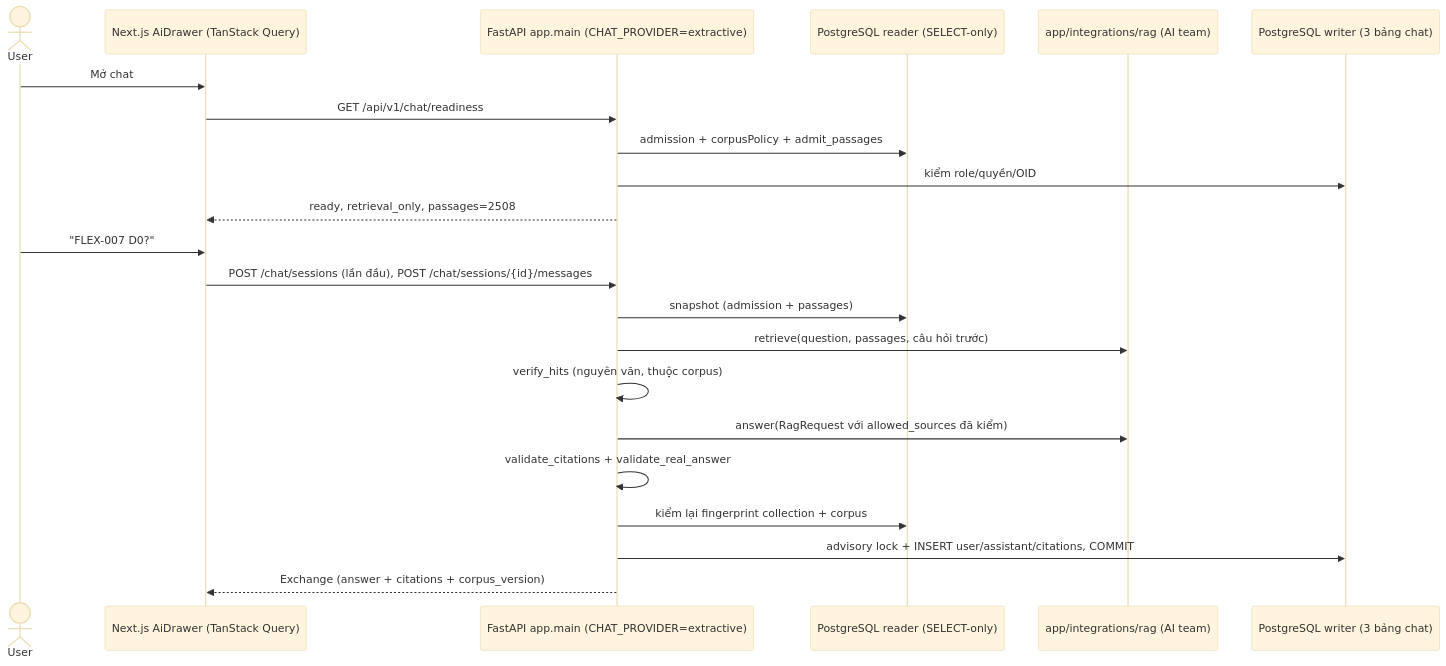
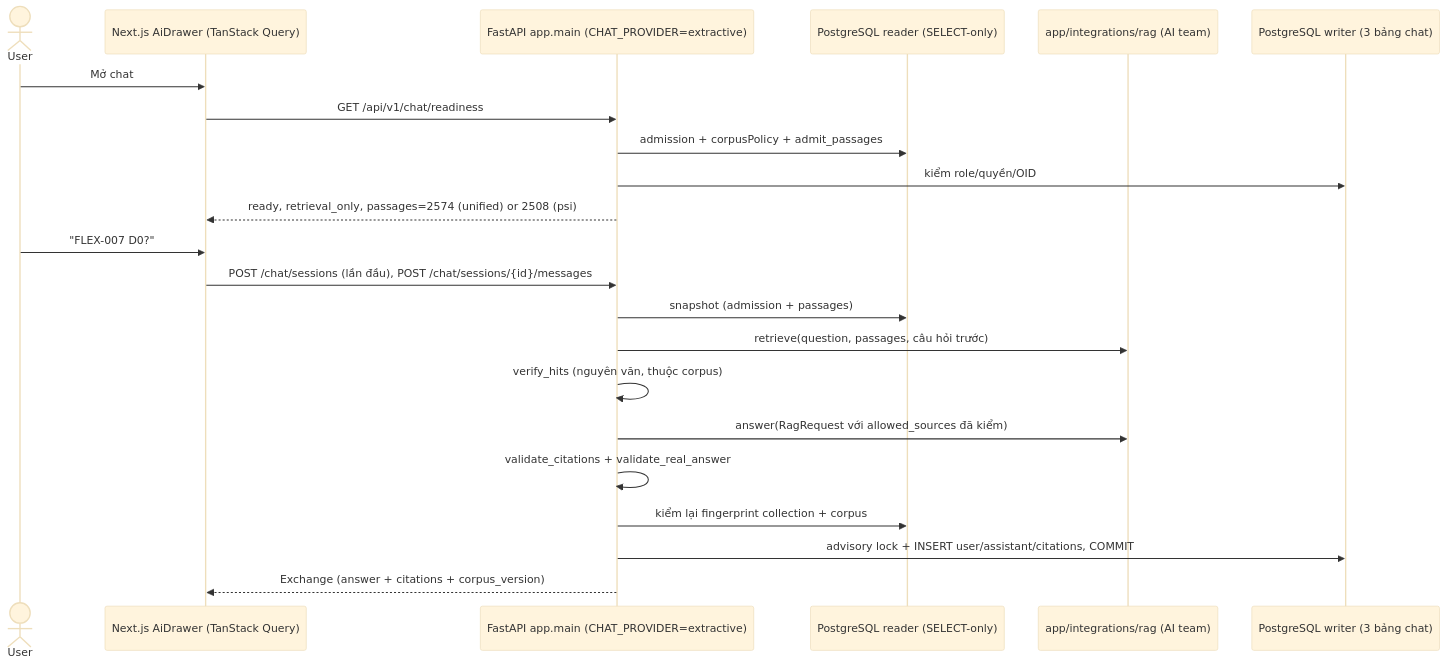
Before and after one commit to bachkhmt/TourbillionSG-FlameInFreefall: the diagram in docs/CHATBOT_FLOW.md, drawn with Mermaid (base theme). The commit also changed 61 other files, not shown here.

````diff
--- a/docs/CHATBOT_FLOW.md
+++ b/docs/CHATBOT_FLOW.md
@@ -46,24 +46,24 @@
 ```mermaid
 sequenceDiagram
     actor User
     participant FE as Next.js AiDrawer (TanStack Query)
     participant API as FastAPI app.main (CHAT_PROVIDER=extractive)
     participant Reader as PostgreSQL reader (SELECT-only)
     participant RAG as app/integrations/rag (AI team)
     participant Writer as PostgreSQL writer (3 bảng chat)
     User->>FE: Mở chat
     FE->>API: GET /api/v1/chat/readiness
     API->>Reader: admission + corpusPolicy + admit_passages
     API->>Writer: kiểm role/quyền/OID
-    API-->>FE: ready, retrieval_only, passages=2508
+    API-->>FE: ready, retrieval_only, passages=2574 (unified) or 2508 (psi)
     User->>FE: "FLEX-007 D0?"
     FE->>API: POST /chat/sessions (lần đầu), POST /chat/sessions/{id}/messages
     API->>Reader: snapshot (admission + passages)
     API->>RAG: retrieve(question, passages, câu hỏi trước)
     API->>API: verify_hits (nguyên văn, thuộc corpus)
     API->>RAG: answer(RagRequest với allowed_sources đã kiểm)
     API->>API: validate_citations + validate_real_answer
     API->>Reader: kiểm lại fingerprint collection + corpus
     API->>Writer: advisory lock + INSERT user/assistant/citations, COMMIT
     API-->>FE: Exchange (answer + citations + corpus_version)
 ```
````
